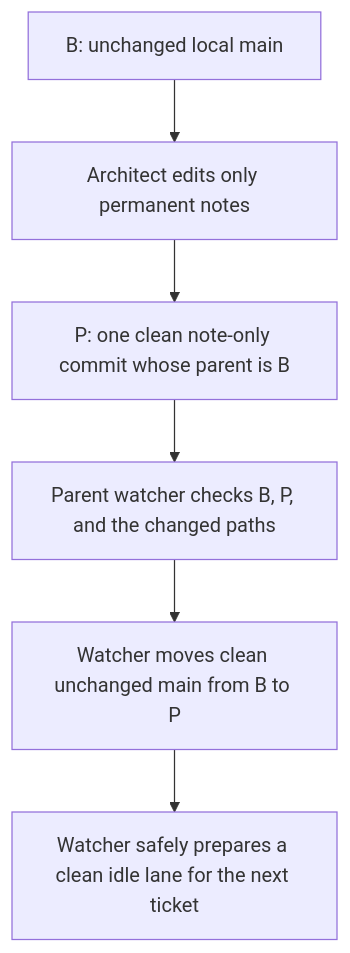
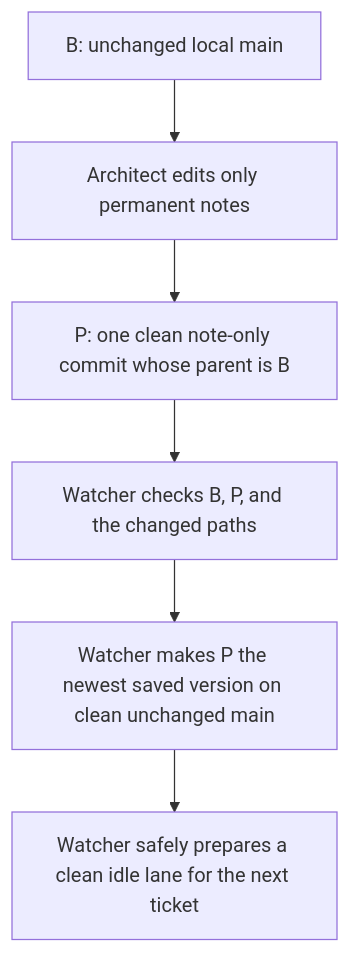
The fifth of 8 diagrams in ai/README.md (SBU-COSMOLIKE/emulators_code_v2), drawn with Mermaid before and after one commit. The commit also changed other lines of this file, not shown here.

````diff
--- a/ai/README.md
+++ b/ai/README.md
@@ -658,8 +746,8 @@
 ```mermaid
 flowchart TD
   B["B: unchanged local main"] --> A["Architect edits only permanent notes"]
   A --> P["P: one clean note-only commit whose parent is B"]
-  P --> D["Parent watcher checks B, P, and the changed paths"]
-  D --> M["Watcher moves clean unchanged main from B to P"]
+  P --> D["Watcher checks B, P, and the changed paths"]
+  D --> M["Watcher makes P the newest saved version on clean unchanged main"]
   M --> S["Watcher safely prepares a clean idle lane for the next ticket"]
 ```
````
